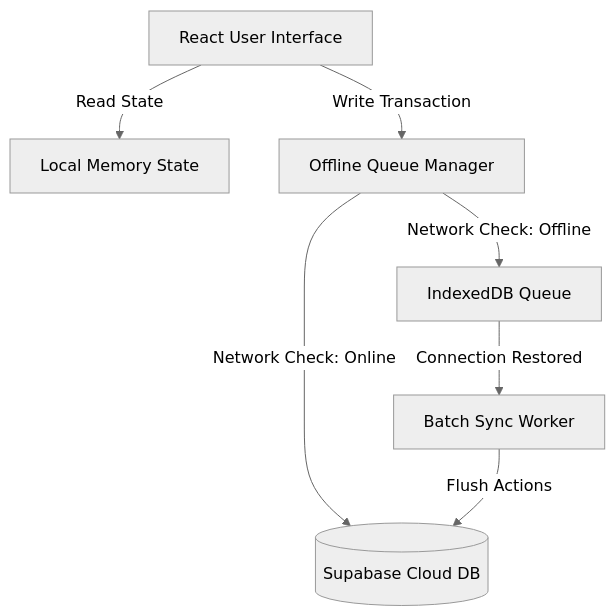
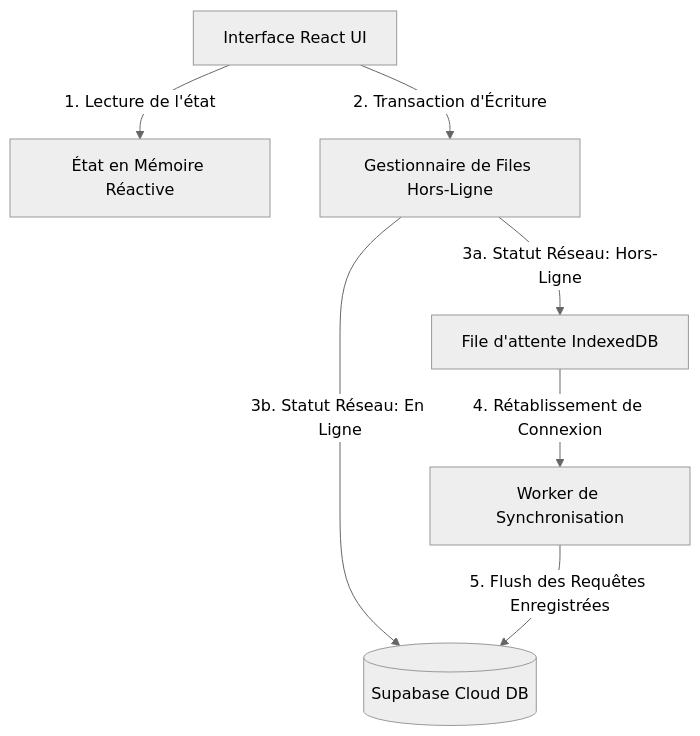
One commit to mormox2/poultry-ledger changed the diagram in README.md. Above: the diagram before and after it, drawn with Mermaid (neutral theme). The commit also changed other lines of this file, not shown here.

````diff
--- a/README.md
+++ b/README.md
@@ -39,9 +52,9 @@
 ```mermaid
 graph TD
-    UI[React User Interface] -->|Read State| State[Local Memory State]
-    UI -->|Write Transaction| Controller[Offline Queue Manager]
-    Controller -->|Network Check: Offline| Queue[IndexedDB Queue]
-    Controller -->|Network Check: Online| Supabase[(Supabase Cloud DB)]
-    Queue -->|Connection Restored| Sync[Batch Sync Worker]
-    Sync -->|Flush Actions| Supabase
+    UI[Interface React UI] -->|1. Lecture de l'état| State[État en Mémoire Réactive]
+    UI -->|2. Transaction d'Écriture| Controller[Gestionnaire de Files Hors-Ligne]
+    Controller -->|3a. Statut Réseau: Hors-Ligne| Queue[File d'attente IndexedDB]
+    Controller -->|3b. Statut Réseau: En Ligne| Supabase[(Supabase Cloud DB)]
+    Queue -->|4. Rétablissement de Connexion| Sync[Worker de Synchronisation]
+    Sync -->|5. Flush des Requêtes Enregistrées| Supabase
 ```
````
